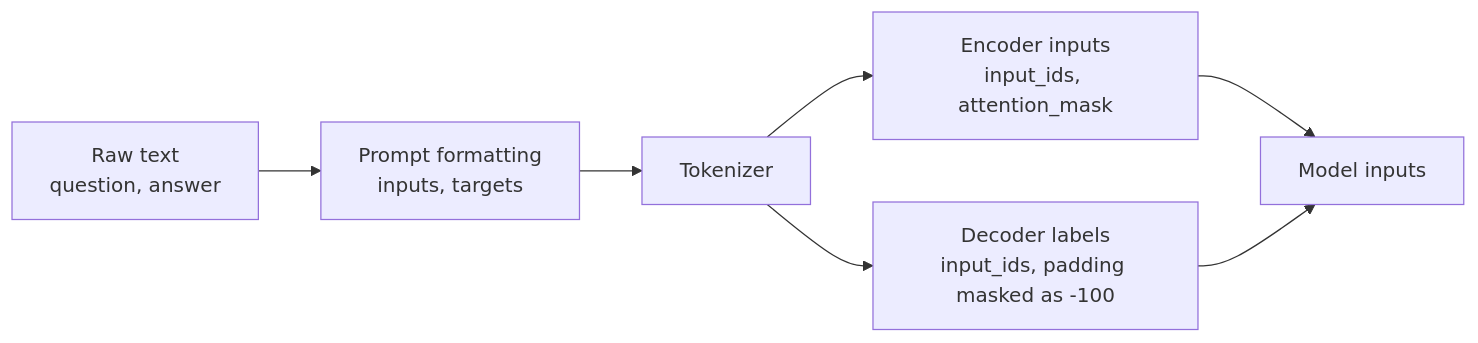
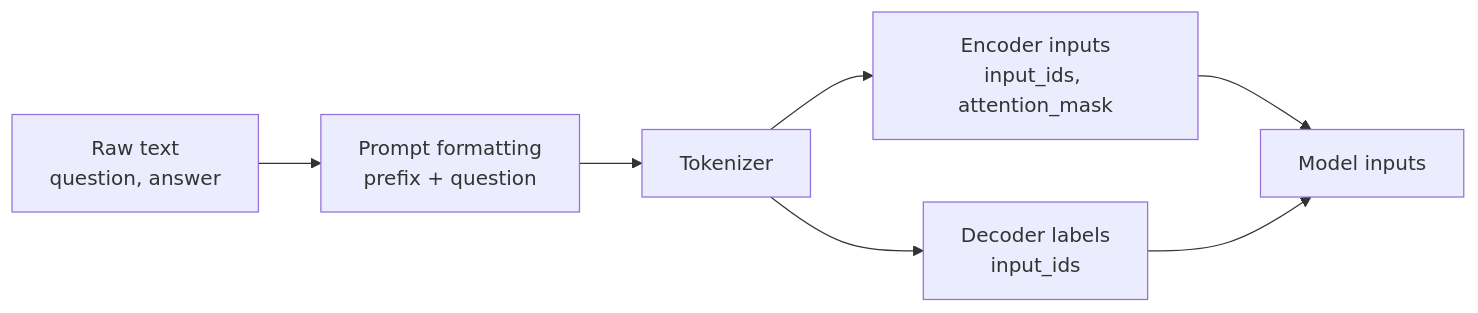
Before and after one commit to coderleonardo/ai-engineering-path: the second of 5 diagrams in gen-ai-and-llms/09-legal-assistant-llm-finetuning/README.md, drawn with Mermaid. The commit also changed other lines of this file and 1 other file, not shown here.

````diff
--- a/gen-ai-and-llms/09-legal-assistant-llm-finetuning/README.md
+++ b/gen-ai-and-llms/09-legal-assistant-llm-finetuning/README.md
@@ -41,9 +53,9 @@
 ```mermaid
 flowchart LR
-    A["Raw text<br/>question, answer"] --> B["Prompt formatting<br/>inputs, targets"]
+    A["Raw text<br/>question, answer"] --> B["Prompt formatting<br/>prefix + question"]
     B --> C["Tokenizer"]
     C --> D["Encoder inputs<br/>input_ids, attention_mask"]
-    C --> E["Decoder labels<br/>input_ids, padding masked as -100"]
+    C --> E["Decoder labels<br/>input_ids"]
     D --> F["Model inputs"]
     E --> F
 ```
````
